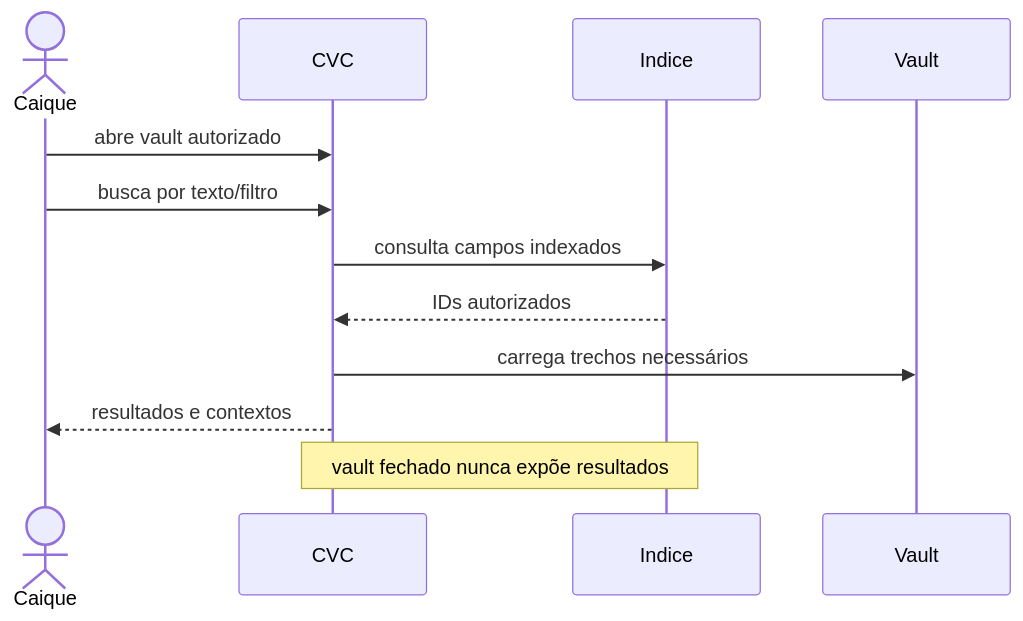
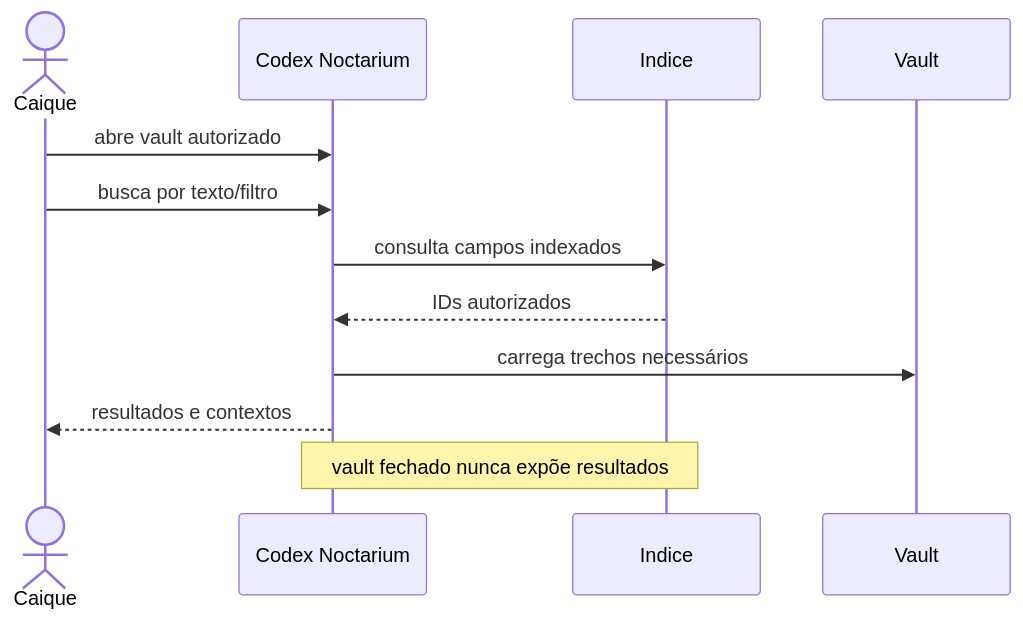
One commit to CaiqueRechi/Codex-Noctarium changed the fifth of 6 diagrams in docs/requirements/crow-vault-canvas.md. Above: the diagram before and after it, drawn with Mermaid. The commit also changed other lines of this file and 6 other files, not shown here.

First line of the commit message:
docs: rename the product to Codex Noctarium across the documentation

````diff
--- a/docs/requirements/crow-vault-canvas.md
+++ b/docs/requirements/crow-vault-canvas.md
@@ -529,15 +530,15 @@
 ```mermaid
 sequenceDiagram
     actor Caique
-    participant CVC
+    participant Codex Noctarium
     participant Indice
     participant Vault
 
-    Caique->>CVC: abre vault autorizado
-    Caique->>CVC: busca por texto/filtro
-    CVC->>Indice: consulta campos indexados
-    Indice-->>CVC: IDs autorizados
-    CVC->>Vault: carrega trechos necessários
-    CVC-->>Caique: resultados e contextos
-    Note over CVC,Indice: vault fechado nunca expõe resultados
+    Caique->>Codex Noctarium: abre vault autorizado
+    Caique->>Codex Noctarium: busca por texto/filtro
+    Codex Noctarium->>Indice: consulta campos indexados
+    Indice-->>Codex Noctarium: IDs autorizados
+    Codex Noctarium->>Vault: carrega trechos necessários
+    Codex Noctarium-->>Caique: resultados e contextos
+    Note over Codex Noctarium,Indice: vault fechado nunca expõe resultados
 ```
````
